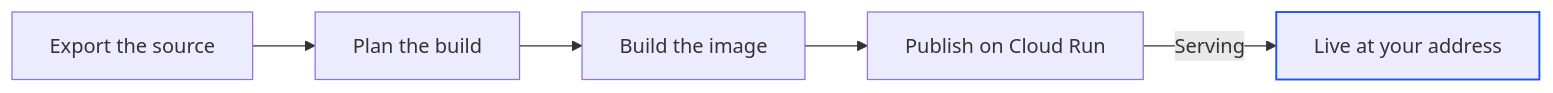
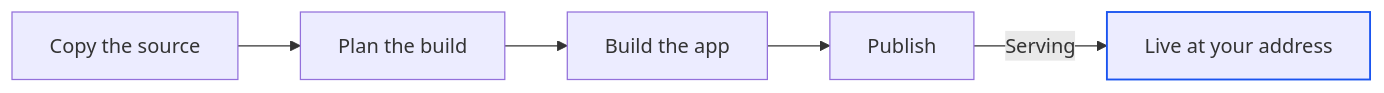
One commit to suyash-lyzr/alpha-documentation changed the diagram in publish/publish-your-app.mdx. Above: the diagram before and after it, drawn with Mermaid. The commit also changed other lines of this file and 74 other files, not shown here.

````diff
--- a/publish/publish-your-app.mdx
+++ b/publish/publish-your-app.mdx
@@ -22,9 +22,9 @@
 ```mermaid
 flowchart LR
-  A[Export the source] --> B[Plan the build]
-  B --> C[Build the image]
-  C --> D[Publish on Cloud Run]
+  A[Copy the source] --> B[Plan the build]
+  B --> C[Build the app]
+  C --> D[Publish]
   D -->|Serving| E[Live at your address]
   classDef focus stroke:#1A54F0,stroke-width:1.5px;
   class E focus
 ```
````
